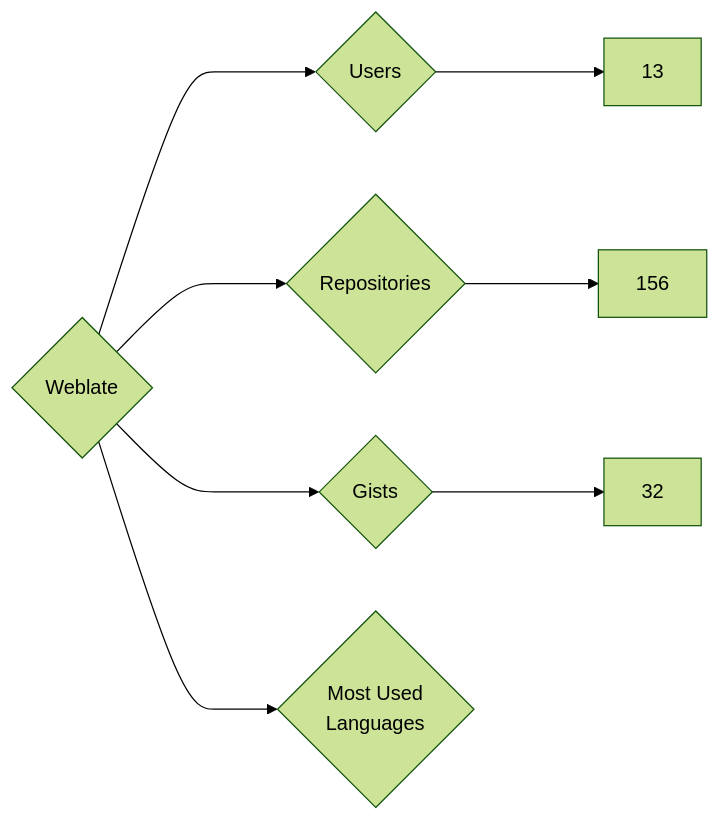
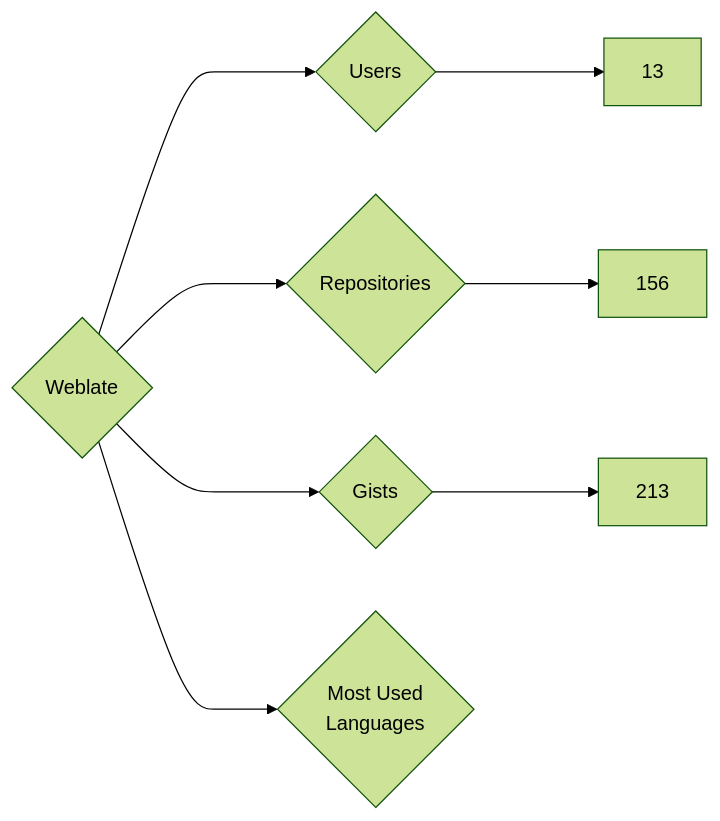
Before and after one commit to nenadzaric/insiders: the diagram in targets/Weblate/README.md, drawn with Mermaid (forest theme). The commit also changed 1342 other files, not shown here.

````diff
--- a/targets/Weblate/README.md
+++ b/targets/Weblate/README.md
@@ -3,8 +3,8 @@
 ```mermaid
 graph LR
 COMPANY_NAME{Weblate}
 COMPANY_NAME ---> U{Users} ---> UN[13]
 COMPANY_NAME ---> R{Repositories} ---> RN[156]
-COMPANY_NAME ---> G{Gists} ---> GN[32]
+COMPANY_NAME ---> G{Gists} ---> GN[213]
 COMPANY_NAME ---> ML{Most Used<br>Languages}
 ```
````
